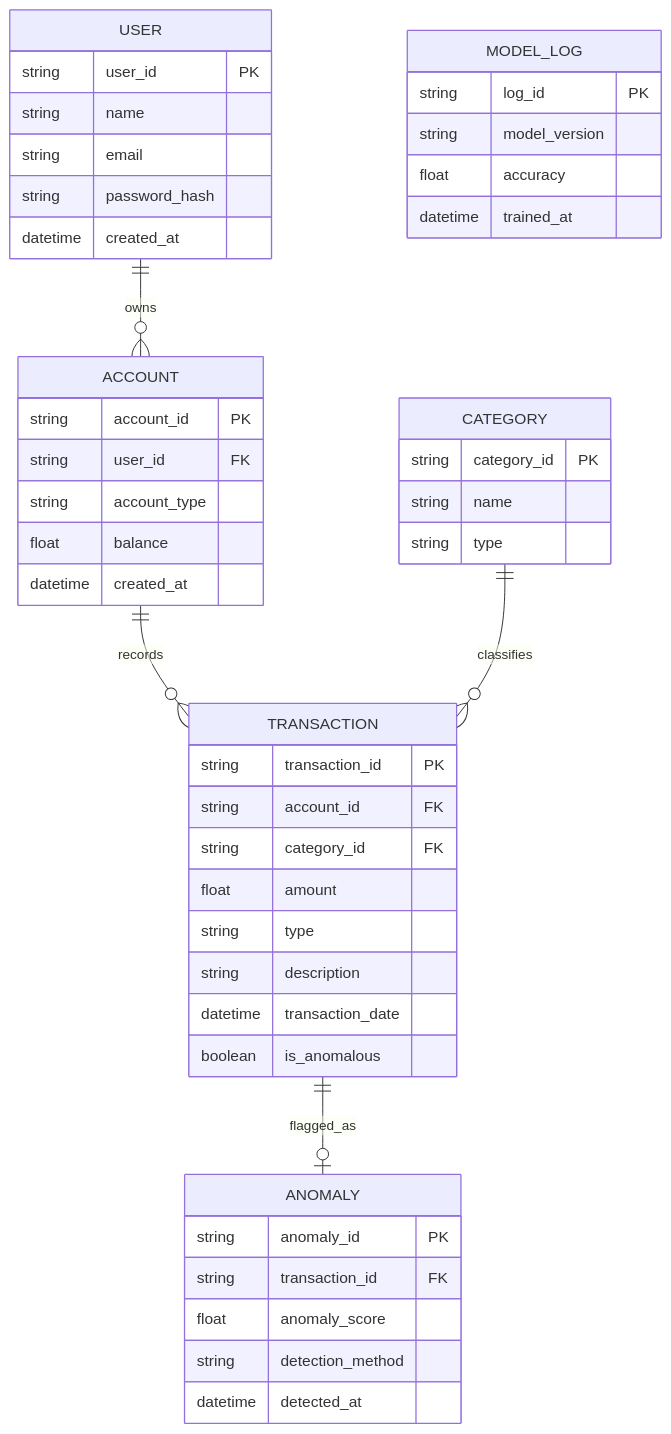
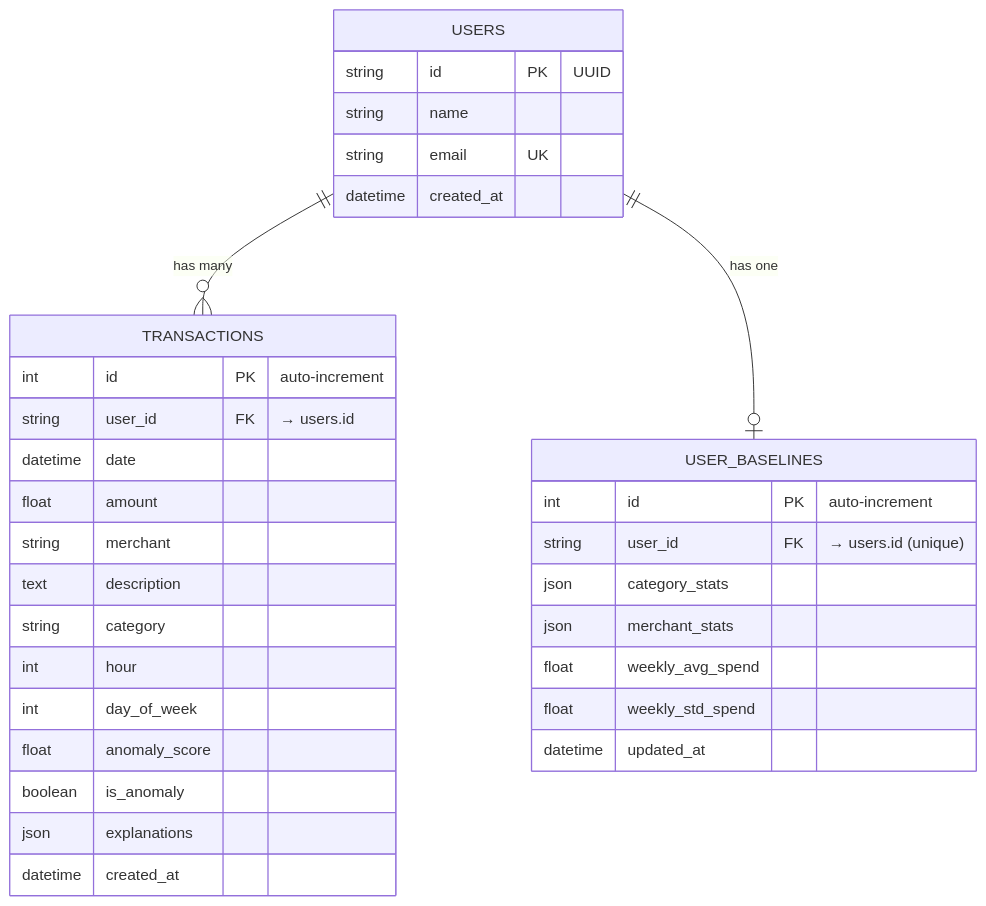
One commit to jagadish-555/Personal_Finance_Anomaly_Detector-vortex changed the diagram in Erdiagram.md. Above: the diagram before and after it, drawn with Mermaid. The commit also changed 29 other files, not shown here.

````diff
--- a/Erdiagram.md
+++ b/Erdiagram.md
@@ -1,56 +5,39 @@
 ```mermaid
 erDiagram
 
-    USER {
-        string user_id PK
+    USERS {
+        string id PK "UUID"
         string name
-        string email
-        string password_hash
+        string email UK
         datetime created_at
     }
 
-    ACCOUNT {
-        string account_id PK
-        string user_id FK
-        string account_type
-        float balance
+    TRANSACTIONS {
+        int id PK "auto-increment"
+        string user_id FK "→ users.id"
+        datetime date
+        float amount
+        string merchant
+        text description
+        string category
+        int hour
+        int day_of_week
+        float anomaly_score
+        boolean is_anomaly
+        json explanations
         datetime created_at
     }
 
-    TRANSACTION {
-        string transaction_id PK
-        string account_id FK
-        string category_id FK
-        float amount
-        string type
-        string description
-        datetime transaction_date
-        boolean is_anomalous
+    USER_BASELINES {
+        int id PK "auto-increment"
+        string user_id FK "→ users.id (unique)"
+        json category_stats
+        json merchant_stats
+        float weekly_avg_spend
+        float weekly_std_spend
+        datetime updated_at
     }
 
-    CATEGORY {
-        string category_id PK
-        string name
-        string type
-    }
-
-    ANOMALY {
-        string anomaly_id PK
-        string transaction_id FK
-        float anomaly_score
-        string detection_method
-        datetime detected_at
-    }
-
-    MODEL_LOG {
-        string log_id PK
-        string model_version
-        float accuracy
-        datetime trained_at
-    }
-
-    USER ||--o{ ACCOUNT : owns
-    ACCOUNT ||--o{ TRANSACTION : records
-    CATEGORY ||--o{ TRANSACTION : classifies
-    TRANSACTION ||--o| ANOMALY : flagged_as
+    USERS ||--o{ TRANSACTIONS : "has many"
+    USERS ||--o| USER_BASELINES : "has one"
 ```
````
